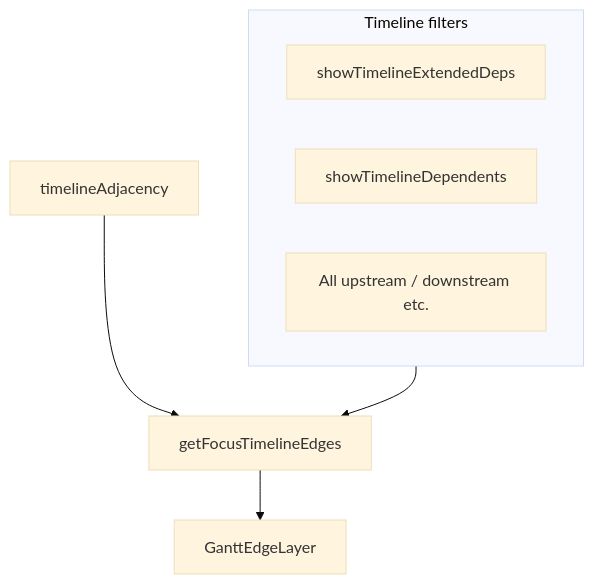
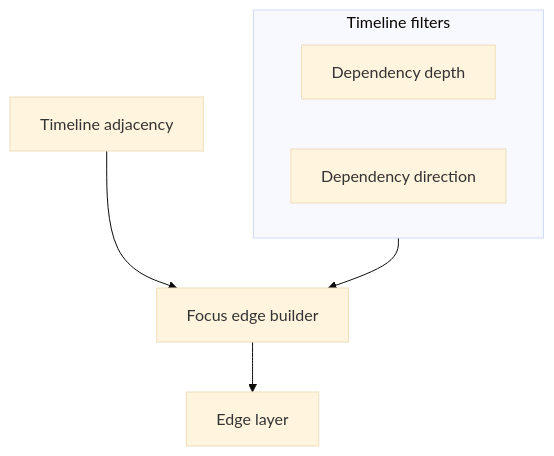
The diagram in docs/adr/0025-optional-multi-hop-capped-focus-edges-on-the-execution-timeline.md (yu-iskw/dbt-artifacts-parser-ts), drawn with Mermaid (base theme) before and after one commit. The commit also changed other lines of this file and 29 other files, not shown here.

````diff
--- a/docs/adr/0025-optional-multi-hop-capped-focus-edges-on-the-execution-timeline.md
+++ b/docs/adr/0025-optional-multi-hop-capped-focus-edges-on-the-execution-timeline.md
@@ -42,14 +51,13 @@
 ```mermaid
 flowchart TB
   subgraph filters [Timeline filters]
-    ext[showTimelineExtendedDeps]
-    dep[showTimelineDependents]
-    other[All upstream / downstream etc.]
+    depth[Dependency depth]
+    direction[Dependency direction]
   end
-  geo[getFocusTimelineEdges]
-  adj[timelineAdjacency]
-  svg[GanttEdgeLayer]
+  geo[Focus edge builder]
+  adj[Timeline adjacency]
+  svg[Edge layer]
   filters --> geo
   adj --> geo
   geo --> svg
 ```
````
